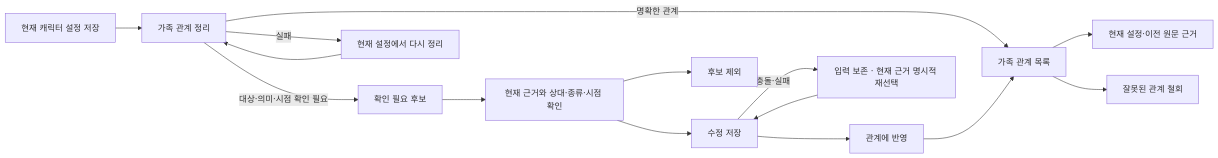
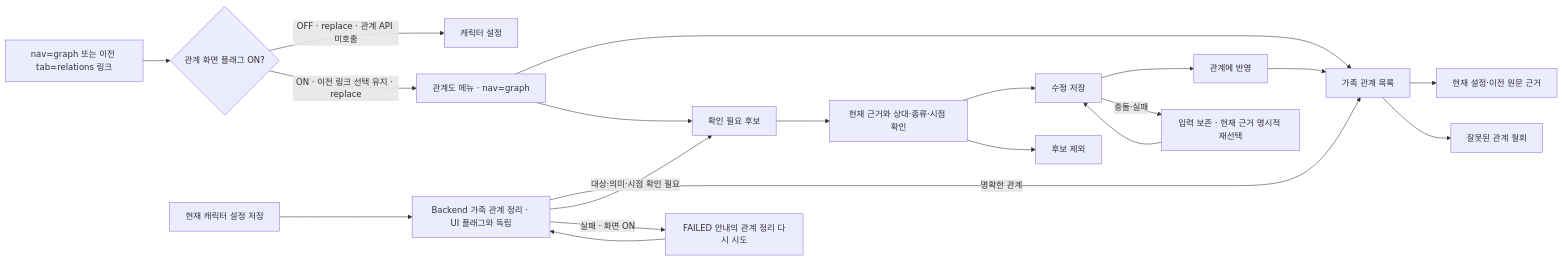
One commit to catchhole-soma/catchhole-front changed diagram 13 of 13 in docs/screen-flow.md. Above: the diagram before and after it, drawn with Mermaid. The commit also changed other lines of this file and 23 other files, not shown here.

````diff
--- a/docs/screen-flow.md
+++ b/docs/screen-flow.md
@@ -826,17 +842,22 @@
 ```mermaid
 flowchart LR
-  settings[현재 캐릭터 설정 저장] --> process[가족 관계 정리]
+  address[nav=graph 또는 이전 tab=relations 링크] --> flag{관계 화면 플래그 ON?}
+  flag -->|OFF · replace · 관계 API 미호출| characters[캐릭터 설정]
+  flag -->|ON · 이전 링크 선택 유지 · replace| entry[관계도 메뉴 · nav=graph]
+  entry --> list
+  entry --> candidates
+  settings[현재 캐릭터 설정 저장] --> process[Backend 가족 관계 정리 · UI 플래그와 독립]
   process -->|명확한 관계| list[가족 관계 목록]
   process -->|대상·의미·시점 확인 필요| candidates[확인 필요 후보]
   candidates --> edit[현재 근거와 상대·종류·시점 확인]
   edit --> save[수정 저장]
   save --> confirm[관계에 반영]
   confirm --> list
   edit --> dismiss[후보 제외]
   save -->|충돌·실패| retry[입력 보존 · 현재 근거 명시적 재선택]
   retry --> save
   list --> evidence[현재 설정·이전 원문 근거]
   list --> withdraw[잘못된 관계 철회]
-  process -->|실패| reprocess[현재 설정에서 다시 정리]
+  process -->|실패 · 화면 ON| reprocess[FAILED 안내의 관계 정리 다시 시도]
   reprocess --> process
 ```
````
